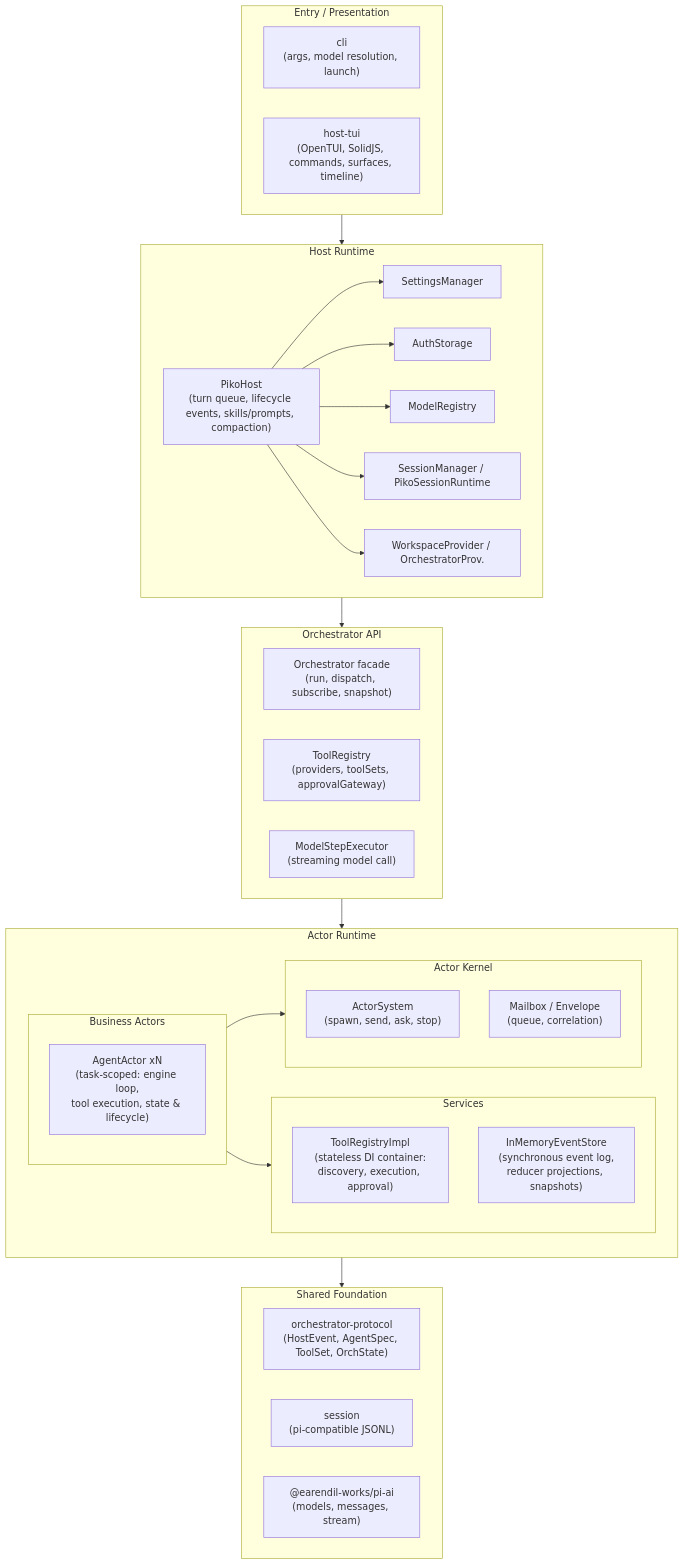
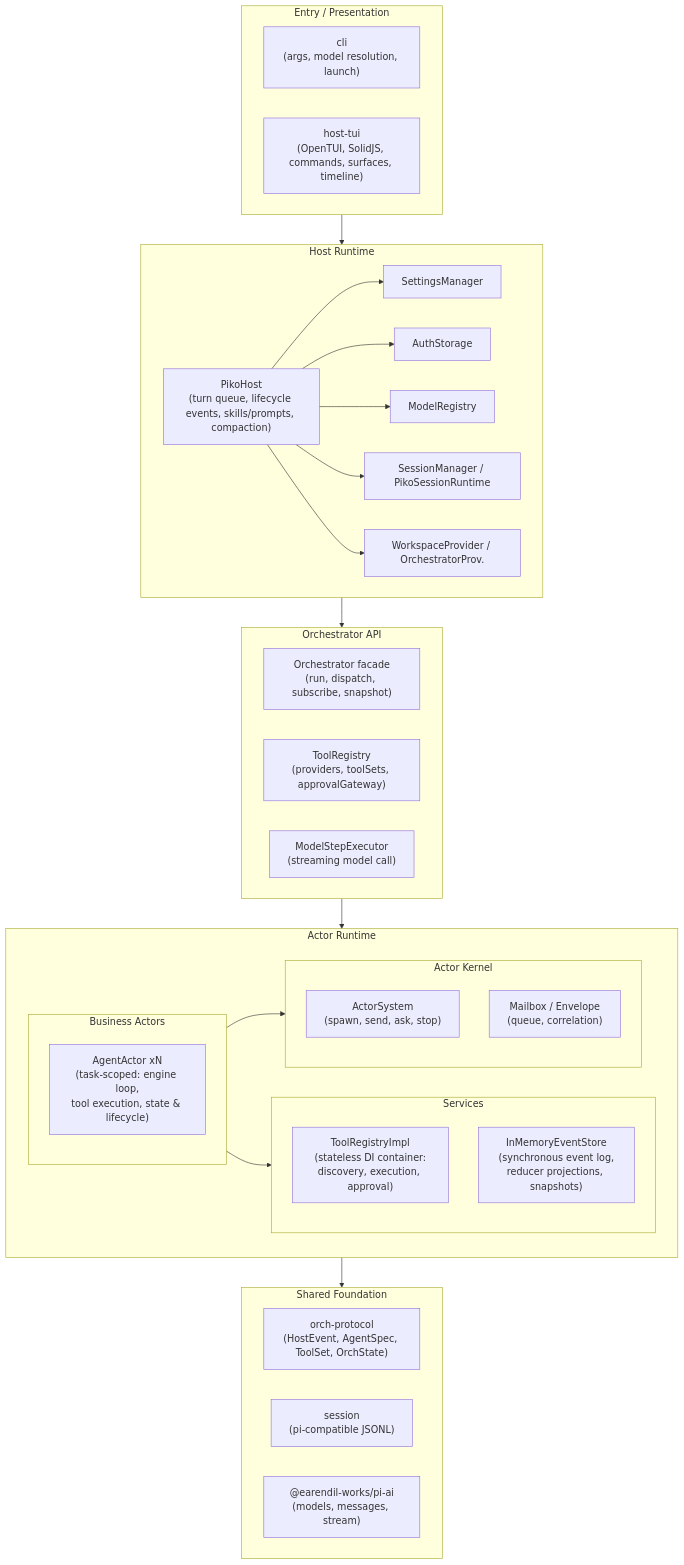
Before and after one commit to biuld/piko: the first of 2 diagrams in README.md, drawn with Mermaid. The commit also changed other lines of this file and 196 other files, not shown here.

Commit message:
refactor(orch): replace TS orchestrator with Rust-based orchd, rename protocol, implement RPC communication

````diff
--- a/README.md
+++ b/README.md
@@ -11,57 +11,57 @@
 ```mermaid
 flowchart TD
     subgraph Presentation ["Entry / Presentation"]
         direction LR
         cli["cli<br/>(args, model resolution, launch)"]
         host-tui["host-tui<br/>(OpenTUI, SolidJS, commands, surfaces, timeline)"]
     end
 
     subgraph Host ["Host Runtime"]
         PikoHost["PikoHost<br/>(turn queue, lifecycle events, skills/prompts, compaction)"]
         SettingsManager["SettingsManager"]
         AuthStorage["AuthStorage"]
         ModelRegistry["ModelRegistry"]
         SessionManager["SessionManager / PikoSessionRuntime"]
         WorkspaceProvider["WorkspaceProvider / OrchestratorProv."]
         
         PikoHost --> SettingsManager
         PikoHost --> AuthStorage
         PikoHost --> ModelRegistry
         PikoHost --> SessionManager
         PikoHost --> WorkspaceProvider
     end
 
     subgraph OrchAPI ["Orchestrator API"]
         Orchestrator["Orchestrator facade<br/>(run, dispatch, subscribe, snapshot)"]
         ToolRegistry["ToolRegistry<br/>(providers, toolSets, approvalGateway)"]
         Executor["ModelStepExecutor<br/>(streaming model call)"]
     end
 
     subgraph ActorRuntime ["Actor Runtime"]
         subgraph BusinessActors ["Business Actors"]
             AgentActor["AgentActor xN<br/>(task-scoped: engine loop,<br/>tool execution, state & lifecycle)"]
         end
         subgraph Services ["Services"]
             ToolRegistryImpl["ToolRegistryImpl<br/>(stateless DI container:<br/>discovery, execution, approval)"]
             InMemoryEventStore["InMemoryEventStore<br/>(synchronous event log,<br/>reducer projections, snapshots)"]
         end
         subgraph ActorKernel ["Actor Kernel"]
             ActorSystem["ActorSystem<br/>(spawn, send, ask, stop)"]
             Mailbox["Mailbox / Envelope<br/>(queue, correlation)"]
         end
         
         BusinessActors --> ActorKernel
         BusinessActors --> Services
     end
 
     subgraph Foundation ["Shared Foundation"]
-        protocol["orchestrator-protocol<br/>(HostEvent, AgentSpec, ToolSet, OrchState)"]
+        protocol["orch-protocol<br/>(HostEvent, AgentSpec, ToolSet, OrchState)"]
         session["session<br/>(pi-compatible JSONL)"]
         pi_ai["@earendil-works/pi-ai<br/>(models, messages, stream)"]
     end
 
     Presentation --> Host
     Host --> OrchAPI
     OrchAPI --> ActorRuntime
     ActorRuntime --> Foundation
 ```
````
